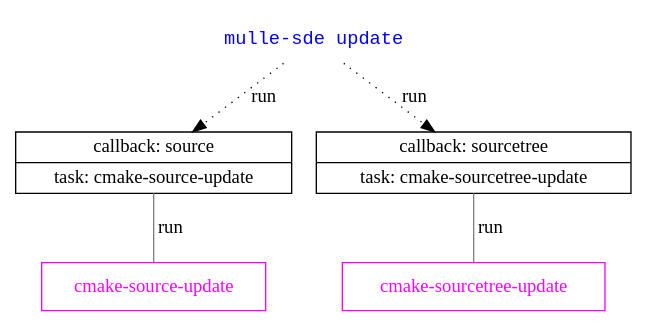
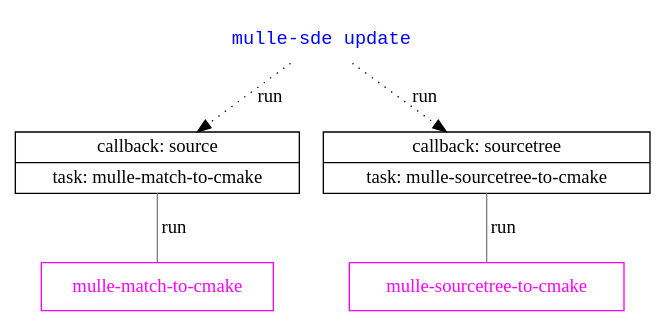
The diagram in dox/mulle-sde-update.dot (mulle-sde/mulle-sde-developer), drawn with Graphviz before and after one commit. The commit also changed 68 other files, not shown here.

Commit message:
* support for multiphase improved tests taken from mulle-sde moved to .mulle for project stuff * c-sourcetree-update moved to mulle-sourcetree project * improved tool an optionaltool content * generally nicer templates for library/framework/executable

```diff
--- a/dox/mulle-sde-update.dot
+++ b/dox/mulle-sde-update.dot
@@ -1,26 +1,26 @@
 digraph G {
     graph [rankdir = TD];
 
     node[shape=record];
     edge[ arrowhead="none", color="gray", label="run"]
 
-    { rank = same;  "cmake-sourcetree-update", "cmake-source-update" };
+    { rank = same;  "mulle-sourcetree-to-cmake", "mulle-match-to-cmake" };
     { rank = same;  "source-callback", "sourcetree-callback" };
     { rank = last;  "mulle-sde update" };
 
-    "source-callback"        [ label="{ callback: source| task: cmake-source-update}"];
-    "sourcetree-callback"    [ label="{ callback: sourcetree| task: cmake-sourcetree-update}"];
+    "source-callback"        [ label="{ callback: source| task: mulle-match-to-cmake}"];
+    "sourcetree-callback"    [ label="{ callback: sourcetree| task: mulle-sourcetree-to-cmake}"];
 
-    "cmake-source-update" [ color="magenta", fontcolor="magenta" ]
-    "cmake-sourcetree-update" [ color="magenta", fontcolor="magenta" ]
+    "mulle-match-to-cmake" [ color="magenta", fontcolor="magenta" ]
+    "mulle-sourcetree-to-cmake" [ color="magenta", fontcolor="magenta" ]
 
-    "source-callback"      ->  "cmake-source-update"
-    "sourcetree-callback"  ->  "cmake-sourcetree-update"
+    "source-callback"      ->  "mulle-match-to-cmake"
+    "sourcetree-callback"  ->  "mulle-sourcetree-to-cmake"
 
     "mulle-sde update"  [ shape="none", fontname="monospace", fontcolor="blue"]
 
     edge[ arrowhead="", style="dotted", color="black" ]
 
     "mulle-sde update"  -> "source-callback"
     "mulle-sde update"  -> "sourcetree-callback"
 }
```
